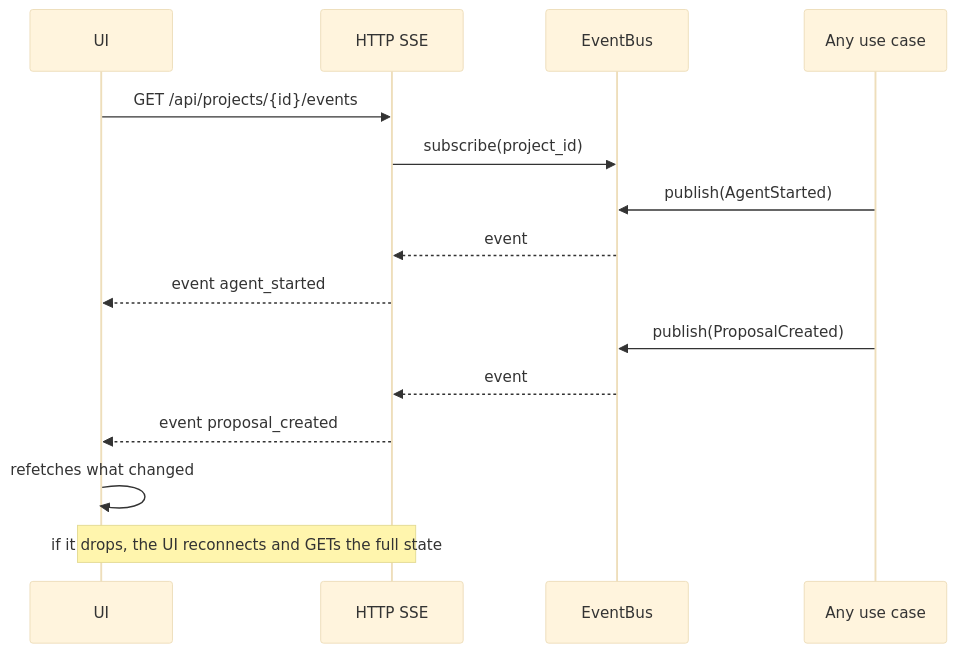
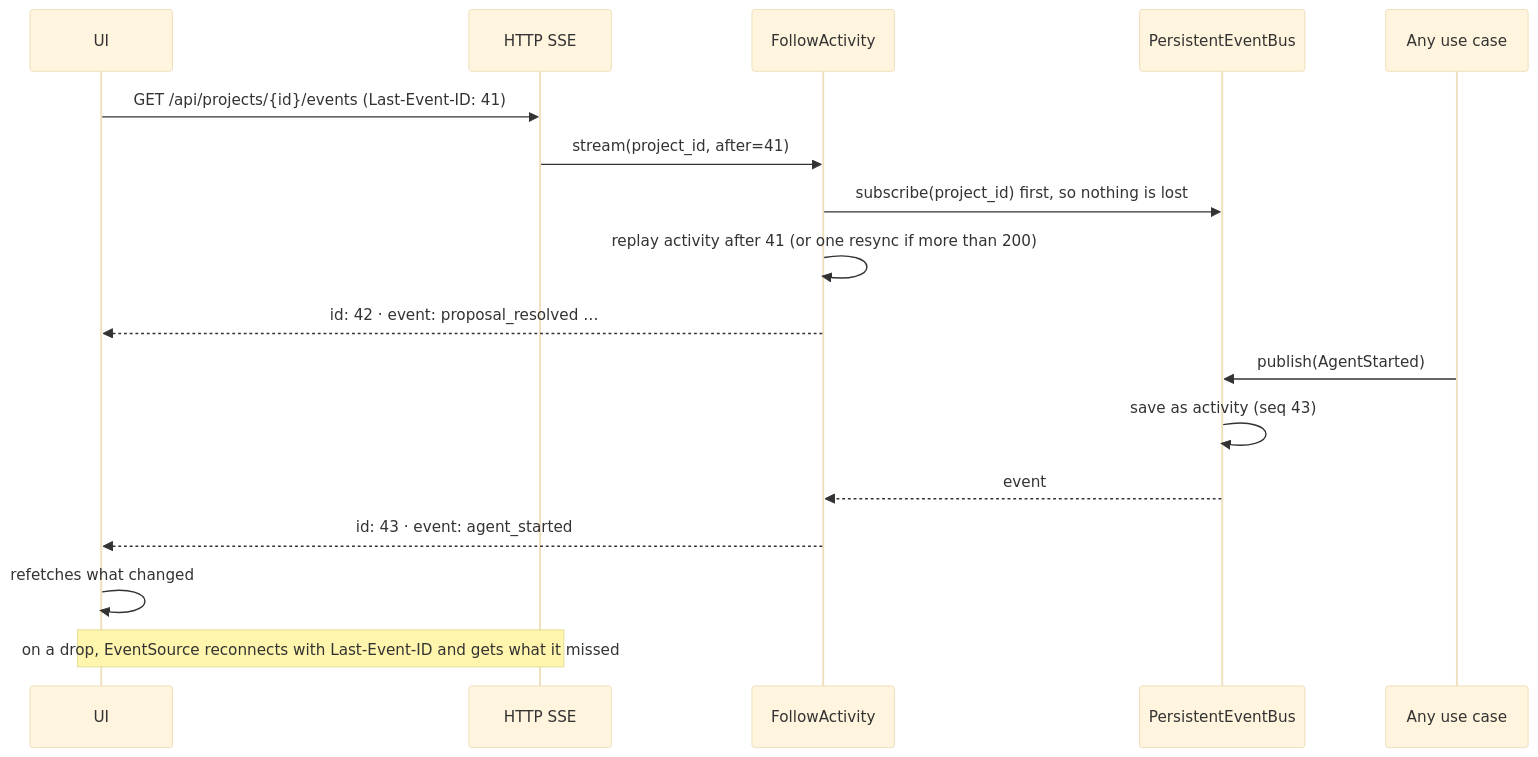
Diagram 18 of 18 in plan/use-cases.md (Mitchz01/TransparencIA), drawn with Mermaid (base theme) before and after one commit. The commit also changed other lines of this file and 4 other files, not shown here.

````diff
--- a/plan/use-cases.md
+++ b/plan/use-cases.md
@@ -590,18 +601,20 @@
 ```mermaid
 sequenceDiagram
     participant UI
     participant HTTP as HTTP SSE
-    participant Bus as EventBus
+    participant FA as FollowActivity
+    participant Bus as PersistentEventBus
     participant UC as Any use case
 
-    UI->>HTTP: GET /api/projects/{id}/events
-    HTTP->>Bus: subscribe(project_id)
+    UI->>HTTP: GET /api/projects/{id}/events (Last-Event-ID: 41)
+    HTTP->>FA: stream(project_id, after=41)
+    FA->>Bus: subscribe(project_id) first, so nothing is lost
+    FA->>FA: replay activity after 41 (or one resync if more than 200)
+    FA-->>UI: id: 42 · event: proposal_resolved …
     UC->>Bus: publish(AgentStarted)
-    Bus-->>HTTP: event
-    HTTP-->>UI: event agent_started
-    UC->>Bus: publish(ProposalCreated)
-    Bus-->>HTTP: event
-    HTTP-->>UI: event proposal_created
+    Bus->>Bus: save as activity (seq 43)
+    Bus-->>FA: event
+    FA-->>UI: id: 43 · event: agent_started
     UI->>UI: refetches what changed
-    Note over UI,HTTP: if it drops, the UI reconnects and GETs the full state
+    Note over UI,HTTP: on a drop, EventSource reconnects with Last-Event-ID and gets what it missed
 ```
````
